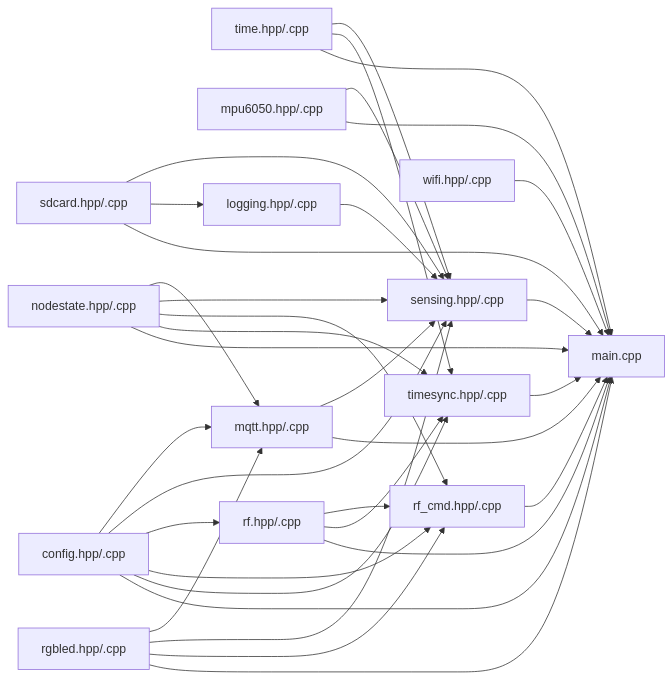
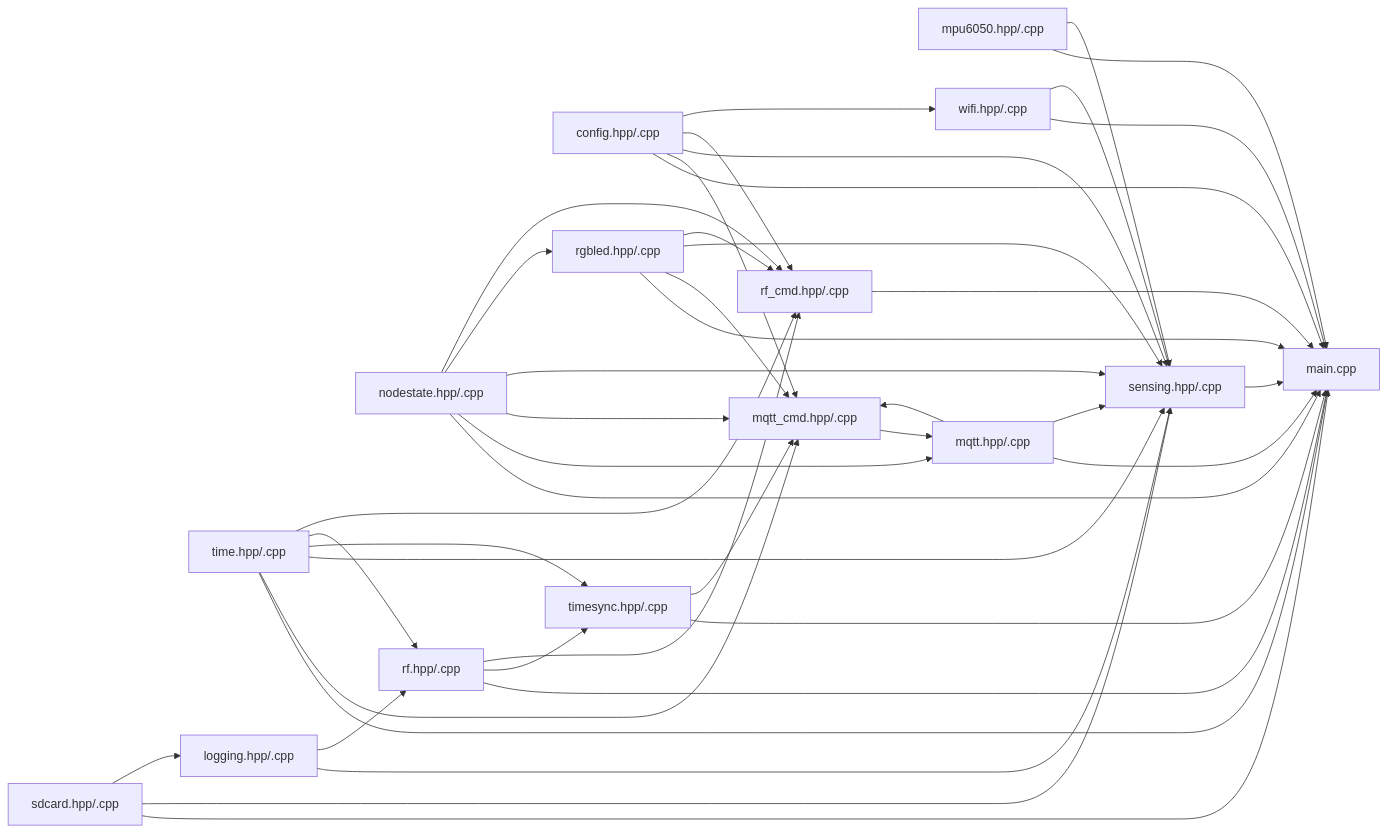
One commit to Shuaiwen-Cui/ArduinoNode changed the diagram in DOC/docs/SOFTWARE/ARCHITECTURE/architecture.en.md. Above: the diagram before and after it, drawn with Mermaid. The commit also changed 657 other files, not shown here.

````diff
--- a/DOC/docs/SOFTWARE/ARCHITECTURE/architecture.en.md
+++ b/DOC/docs/SOFTWARE/ARCHITECTURE/architecture.en.md
@@ -5,68 +6,74 @@
 ```mermaid
 graph LR
 
 %% === Module Definitions ===
 config["config.hpp/.cpp"]
 nodestate["nodestate.hpp/.cpp"]
 time["time.hpp/.cpp"]
 mpu["mpu6050.hpp/.cpp"]
 sd["sdcard.hpp/.cpp"]
 rgb["rgbled.hpp/.cpp"]
 log["logging.hpp/.cpp"]
 mqtt["mqtt.hpp/.cpp"]
+mqttcmd["mqtt_cmd.hpp/.cpp"]
 sensing["sensing.hpp/.cpp"]
 sync["timesync.hpp/.cpp"]
 wifi["wifi.hpp/.cpp"]
 rf["rf.hpp/.cpp"]
 rf_cmd["rf_cmd.hpp/.cpp"]
 main["main.cpp"]
 
-%% === Module Relationships ===
-config --> mqtt
-config --> sensing
-config --> rf
-config --> rf_cmd
-config --> sync
+%% === Module Relationships (Reversed Arrows) ===
 config --> main
+nodestate --> main
+rgb --> main
+mpu --> main
+sd --> main
+rf --> main
+wifi --> main
+time --> main
+sync --> main
+mqtt --> main
+sensing --> main
+rf_cmd --> main
 
 nodestate --> mqtt
+mqttcmd --> mqtt
+
+config --> mqttcmd
+time --> mqttcmd
+sync --> mqttcmd
+nodestate --> mqttcmd
+rgb --> mqttcmd
+mqtt --> mqttcmd
+
+config --> sensing
 nodestate --> sensing
-nodestate --> rf_cmd
-nodestate --> sync
-nodestate --> main
+time --> sensing
+rgb --> sensing
+mpu --> sensing
+mqtt --> sensing
+sd --> sensing
+log --> sensing
+wifi --> sensing
 
-time --> sensing
 time --> sync
-time --> main
+rf --> sync
 
-mpu --> sensing
-mpu --> main
+sd --> log
 
-sd --> sensing
-sd --> log
-sd --> main
+nodestate --> rgb
 
-rgb --> mqtt
-rgb --> sensing
-rgb --> rf_cmd
-rgb --> main
-
-log --> sensing
-
-mqtt --> sensing
-mqtt --> main
-
-sensing --> main
-
-sync --> main
-
-wifi --> main
+log --> rf
+time --> rf
 
 rf --> rf_cmd
-rf --> sync
-rf --> main
+nodestate --> rf_cmd
+rgb --> rf_cmd
+config --> rf_cmd
+time --> rf_cmd
 
-rf_cmd --> main
+config --> wifi
 
 
 ```
````
